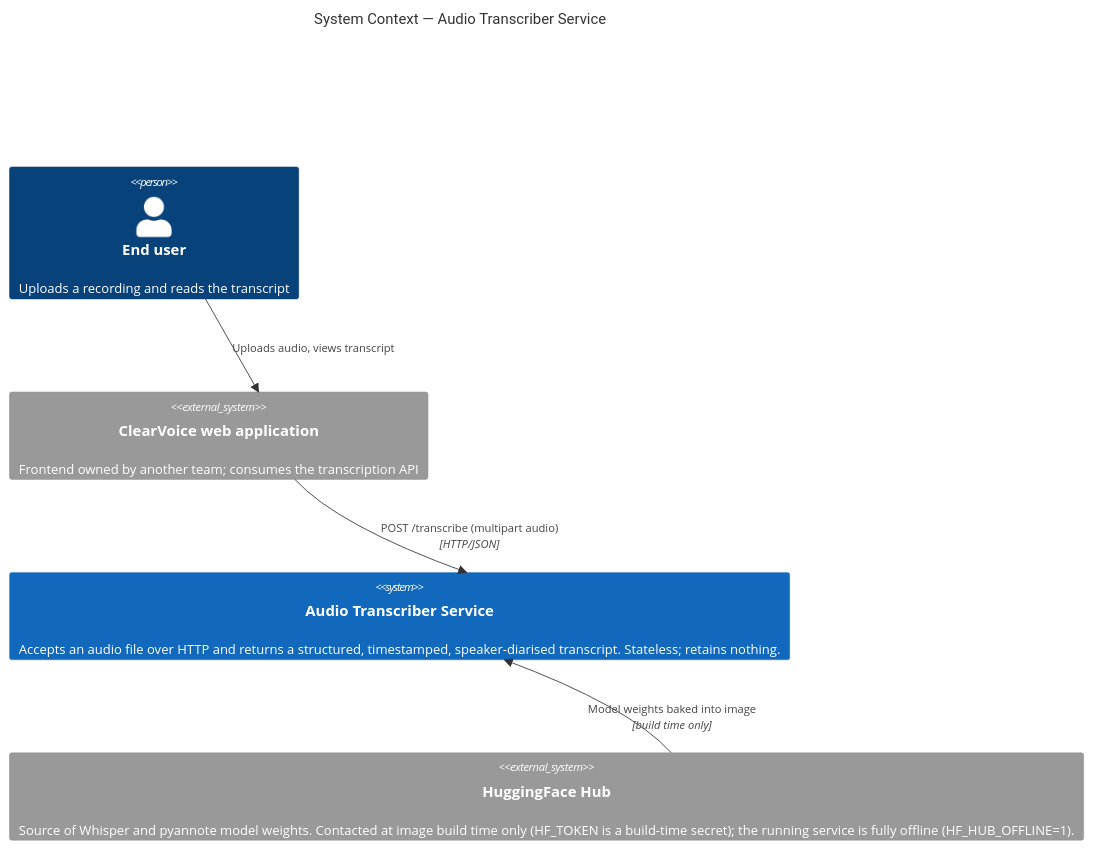
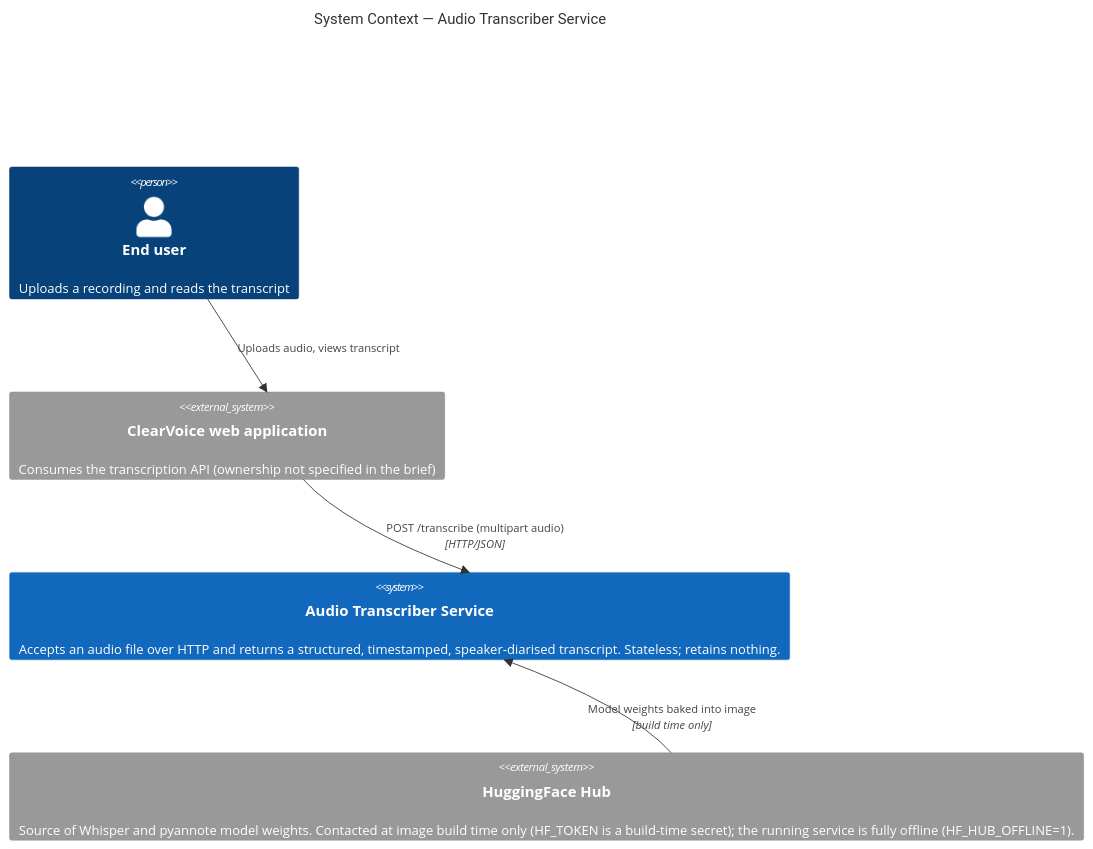
One commit to small-coding-dojo/smcd-audio-transcriber changed the first of 5 diagrams in docs/architecture.md. Above: the diagram before and after it, drawn with Mermaid. The commit also changed other lines of this file and 1 other file, not shown here.

````diff
--- a/docs/architecture.md
+++ b/docs/architecture.md
@@ -59,15 +66,15 @@
 ```mermaid
 C4Context
     title System Context — Audio Transcriber Service
 
     Person(user, "End user", "Uploads a recording and reads the transcript")
-    System_Ext(frontend, "ClearVoice web application", "Frontend owned by another team; consumes the transcription API")
+    System_Ext(frontend, "ClearVoice web application", "Consumes the transcription API (ownership not specified in the brief)")
     System(transcriber, "Audio Transcriber Service", "Accepts an audio file over HTTP and returns a structured, timestamped, speaker-diarised transcript. Stateless; retains nothing.")
     System_Ext(hf, "HuggingFace Hub", "Source of Whisper and pyannote model weights. Contacted at image build time only (HF_TOKEN is a build-time secret); the running service is fully offline (HF_HUB_OFFLINE=1).")
 
     Rel(user, frontend, "Uploads audio, views transcript")
     Rel(frontend, transcriber, "POST /transcribe (multipart audio)", "HTTP/JSON")
     Rel(hf, transcriber, "Model weights baked into image", "build time only")
 
     UpdateLayoutConfig($c4ShapeInRow="2", $c4BoundaryInRow="1")
 ```
````
